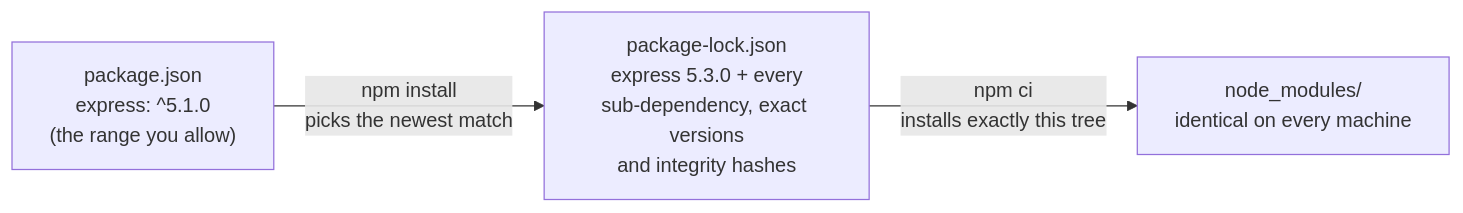
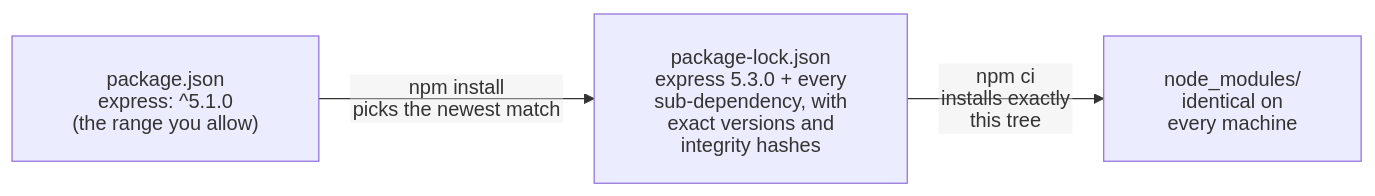
Before and after one commit to renatolinsdigital/nodejs-quickstart: diagram 15 of 26 in README.md, drawn with Mermaid. The commit also changed other lines of this file, not shown here.

First line of the commit message:
renames guide to Understanding Node.js Well and fixes clipped diagram labels

````diff
--- a/README.md
+++ b/README.md
@@ -1545,5 +1556,6 @@
 ```mermaid
+%%{init: {"htmlLabels": false, "flowchart": {"htmlLabels": false, "wrappingWidth": 400, "padding": 24}}}%%
 flowchart LR
-    PJ["package.json<br/>express: ^5.1.0<br/>(the range you allow)"] -- "npm install<br/>picks the newest match" --> LOCK["package-lock.json<br/>express 5.3.0 + every<br/>sub-dependency, exact versions<br/>and integrity hashes"]
-    LOCK -- "npm ci<br/>installs exactly this tree" --> NM["node_modules/<br/>identical on every machine"]
+    PJ["package.json<br/>express: ^5.1.0<br/>(the range you allow)"] -- "npm install<br/>picks the newest match" --> LOCK["package-lock.json<br/>express 5.3.0 + every<br/>sub-dependency, with<br/>exact versions and<br/>integrity hashes"]
+    LOCK -- "npm ci<br/>installs exactly<br/>this tree" --> NM["node_modules/<br/>identical on<br/>every machine"]
 ```
````
